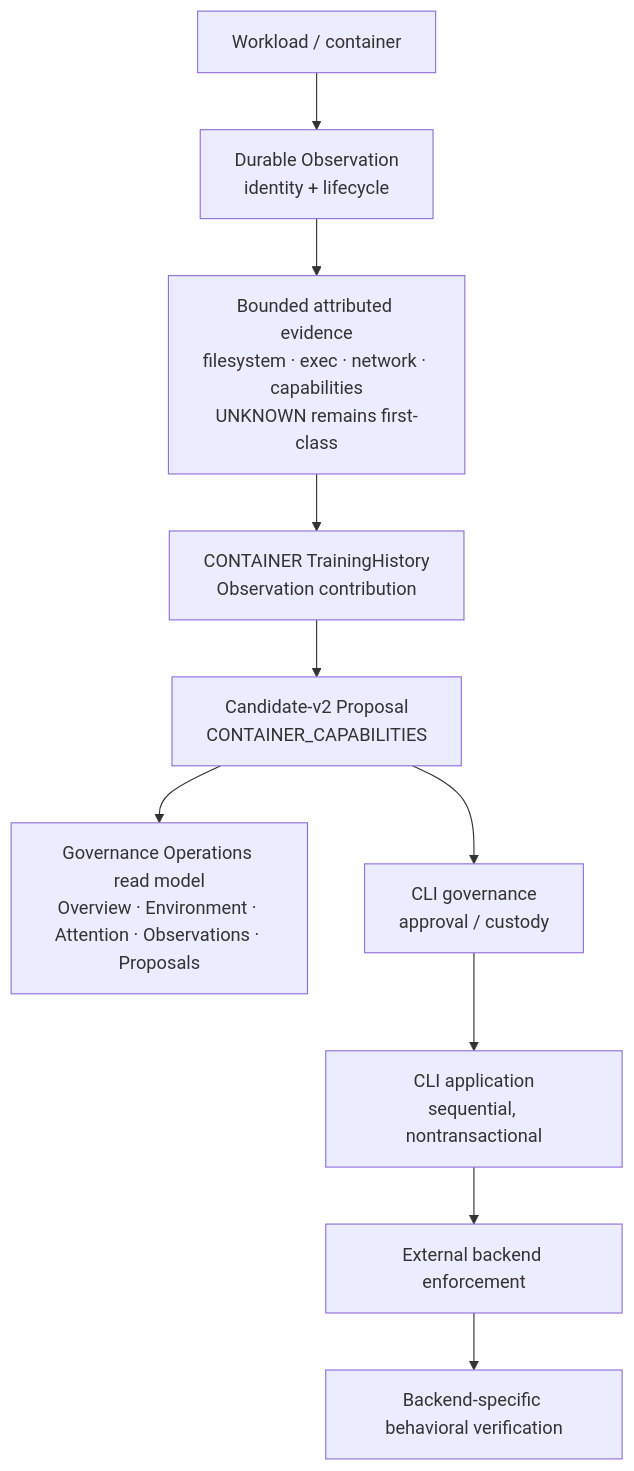
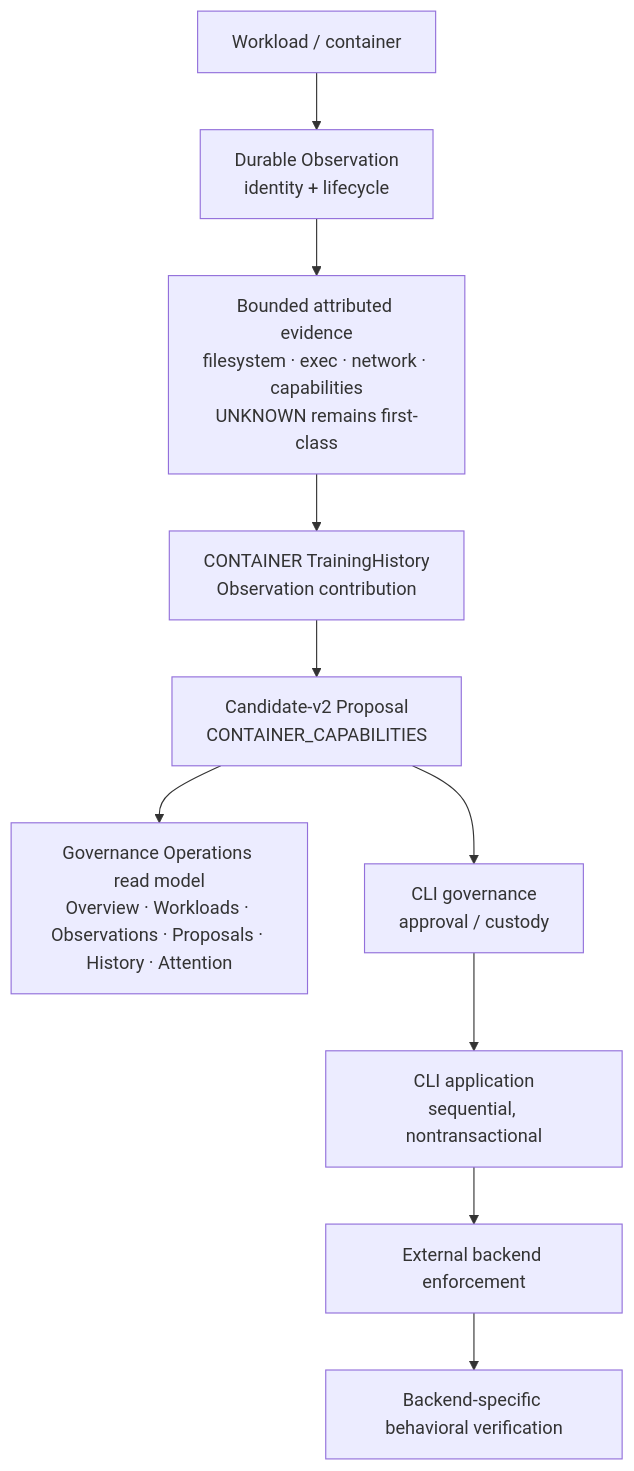
One commit to idriss-eliguene/landlock-genprof changed the first of 2 diagrams in docs/architecture.md. Above: the diagram before and after it, drawn with Mermaid. The commit also changed other lines of this file and 2 other files, not shown here.

````diff
--- a/docs/architecture.md
+++ b/docs/architecture.md
@@ -15,16 +15,16 @@
 ```mermaid
 flowchart TD
     WORKLOAD["Workload / container"]
     OBS["Durable Observation\nidentity + lifecycle"]
     EVID["Bounded attributed evidence\nfilesystem · exec · network · capabilities\nUNKNOWN remains first-class"]
     HISTORY["CONTAINER TrainingHistory\nObservation contribution"]
     CANDIDATE["Candidate-v2 Proposal\nCONTAINER_CAPABILITIES"]
-    READ["Governance Operations read model\nOverview · Environment · Attention · Observations · Proposals"]
+    READ["Governance Operations read model\nOverview · Workloads · Observations · Proposals · History · Attention"]
     APPROVAL["CLI governance\napproval / custody"]
     APPLY["CLI application\nsequential, nontransactional"]
     ENFORCE["External backend enforcement"]
     VERIFY["Backend-specific behavioral verification"]
 
     WORKLOAD --> OBS --> EVID --> HISTORY --> CANDIDATE --> READ
     CANDIDATE --> APPROVAL --> APPLY --> ENFORCE --> VERIFY
 ```
````
